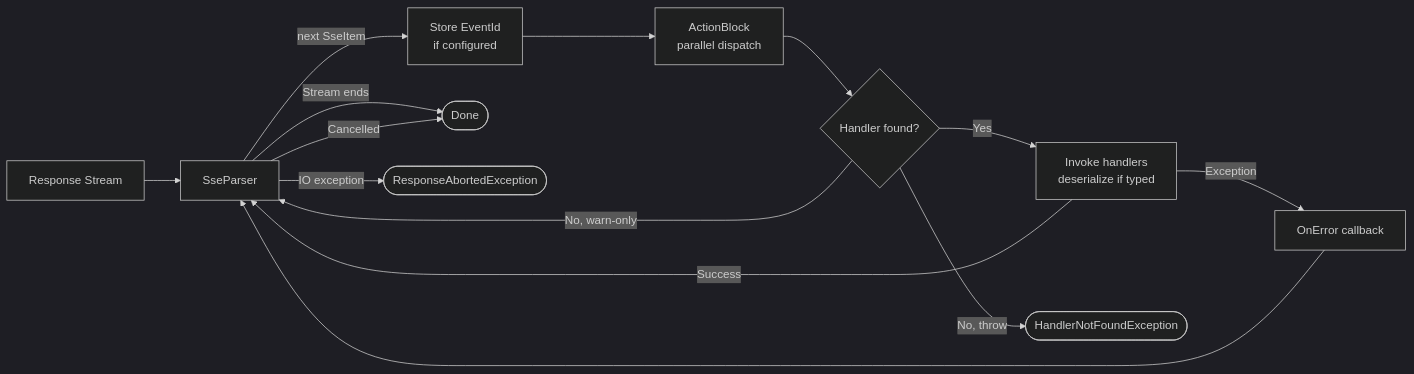
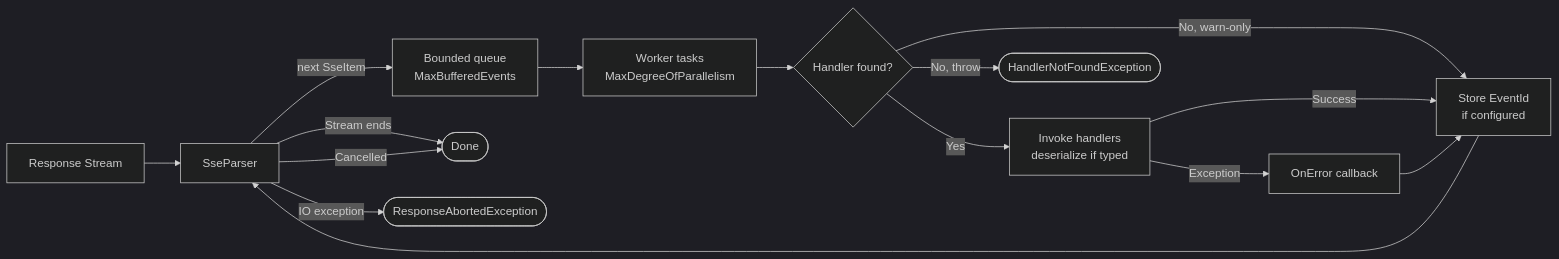
The second of 2 diagrams in docs/docs/architecture.md (claudiom248/ssepulse.client), drawn with Mermaid (dark theme) before and after one commit. The commit also changed other lines of this file and 28 other files, not shown here.

Commit message:
refactor(core): replace the Dataflow ActionBlock with a bounded channel (#79)

````diff
--- a/docs/docs/architecture.md
+++ b/docs/docs/architecture.md
@@ -48,16 +49,17 @@
 ```mermaid
 flowchart LR
     Stream[Response Stream] --> Parser[SseParser]
-    Parser -->|next SseItem| EventId[Store EventId<br/>if configured]
-    EventId --> Block["ActionBlock<br/>parallel dispatch"]
-    Block --> Found{Handler found?}
+    Parser -->|next SseItem| Queue["Bounded queue<br/>MaxBufferedEvents"]
+    Queue --> Worker["Worker tasks<br/>MaxDegreeOfParallelism"]
+    Worker --> Found{Handler found?}
     Found -->|Yes| Invoke[Invoke handlers<br/>deserialize if typed]
-    Found -->|No, warn-only| Parser
+    Found -->|No, warn-only| Commit[Store EventId<br/>if configured]
     Found -->|No, throw| Fault([HandlerNotFoundException])
-    Invoke -->|Success| Parser
+    Invoke -->|Success| Commit
     Invoke -->|Exception| OnError[OnError callback]
-    OnError --> Parser
+    OnError --> Commit
+    Commit --> Parser
     Parser -->|Stream ends| Done([Done])
     Parser -->|Cancelled| Done
     Parser -->|IO exception| Abort([ResponseAbortedException])
 ```
````
